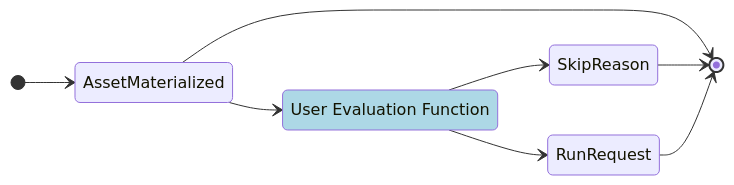
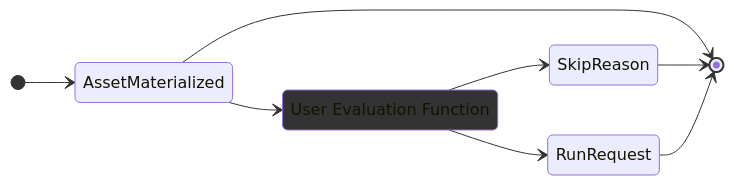
Before and after one commit to dagster-io/dagster: the second of 2 diagrams in docs/docs-beta/docs/guides/automation/asset-sensors.md, drawn with Mermaid. The commit also changed 7 other files, not shown here.

````diff
--- a/docs/docs-beta/docs/guides/automation/asset-sensors.md
+++ b/docs/docs-beta/docs/guides/automation/asset-sensors.md
@@ -50,17 +50,20 @@
 ```mermaid
 stateDiagram-v2
     direction LR
 
     classDef userDefined fill: lightblue
 
     [*] --> AssetMaterialized
     AssetMaterialized --> [*]
 
     AssetMaterialized --> UserEvaluationFunction:::userDefined
     UserEvaluationFunction: User Evaluation Function
 
     UserEvaluationFunction --> RunRequest
     UserEvaluationFunction --> SkipReason
     SkipReason --> [*]
     RunRequest --> [*]
+
+    class UserEvaluationFunction userDefined
+    classDef userDefined fill: var(--theme-color-accent-lavendar)
 ```
````
